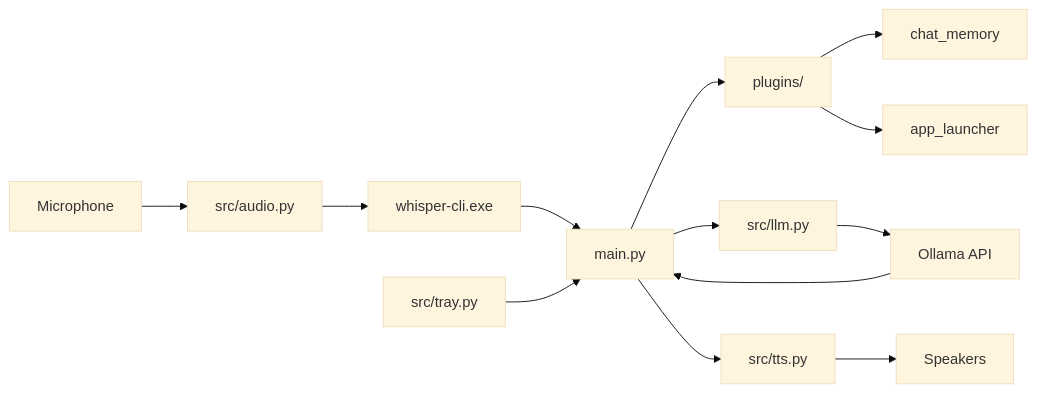
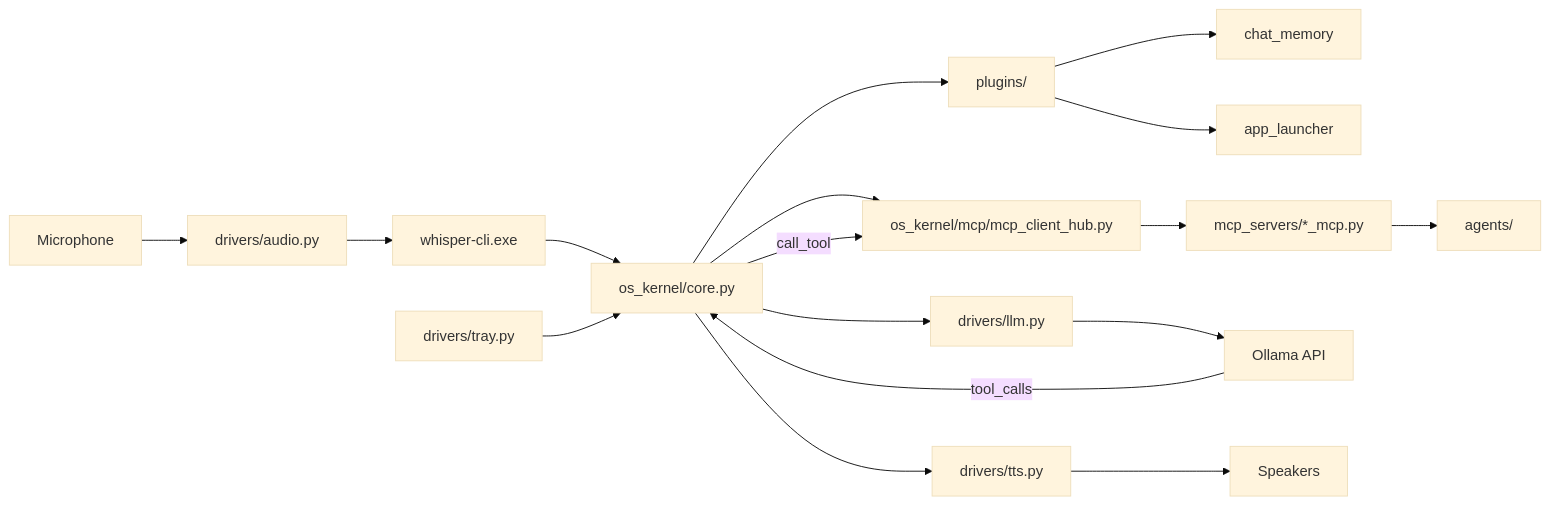
One commit to abhimkdm/Jarvis changed the diagram in README.md. Above: the diagram before and after it, drawn with Mermaid (base theme). The commit also changed other lines of this file and 25 other files, not shown here.

````diff
--- a/README.md
+++ b/README.md
@@ -18,15 +21,19 @@
 ```mermaid
 flowchart LR
-    Mic[Microphone] --> Audio[src/audio.py]
+    Mic[Microphone] --> Audio[drivers/audio.py]
     Audio --> Whisper[whisper-cli.exe]
-    Whisper --> Main[main.py]
-    Main --> Plugins[plugins/]
+    Whisper --> Kernel[os_kernel/core.py]
+    Kernel --> Plugins[plugins/]
     Plugins --> Memory[chat_memory]
     Plugins --> Launcher[app_launcher]
-    Main --> LLM[src/llm.py]
+    Kernel --> MCPHub[os_kernel/mcp/mcp_client_hub.py]
+    MCPHub --> MCPServers[mcp_servers/*_mcp.py]
+    MCPServers --> Agents[agents/]
+    Kernel --> LLM[drivers/llm.py]
     LLM --> Ollama[Ollama API]
-    Ollama --> Main
-    Main --> TTS[src/tts.py]
+    Ollama -->|tool_calls| Kernel
+    Kernel -->|call_tool| MCPHub
+    Kernel --> TTS[drivers/tts.py]
     TTS --> Speaker[Speakers]
-    Tray[src/tray.py] --> Main
+    Tray[drivers/tray.py] --> Kernel
 ```
````
